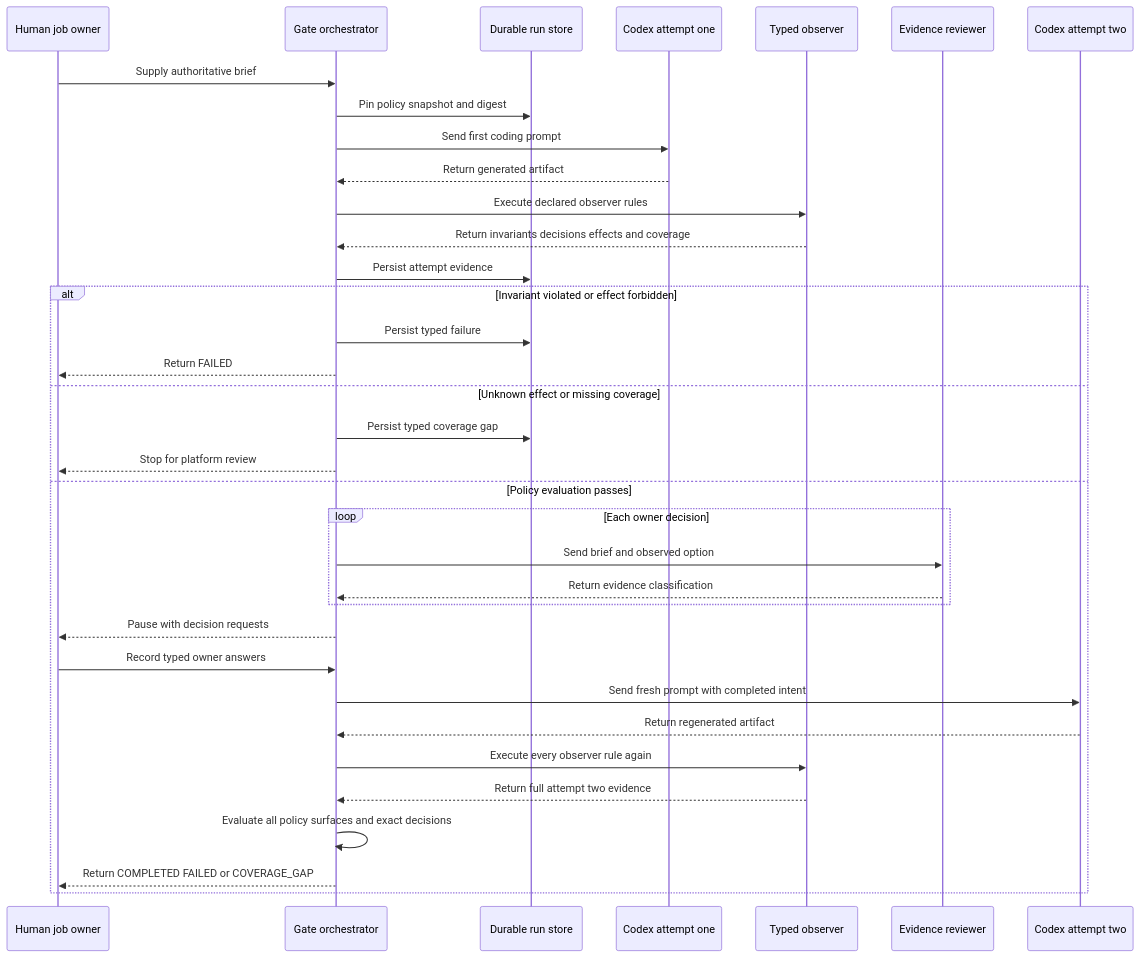
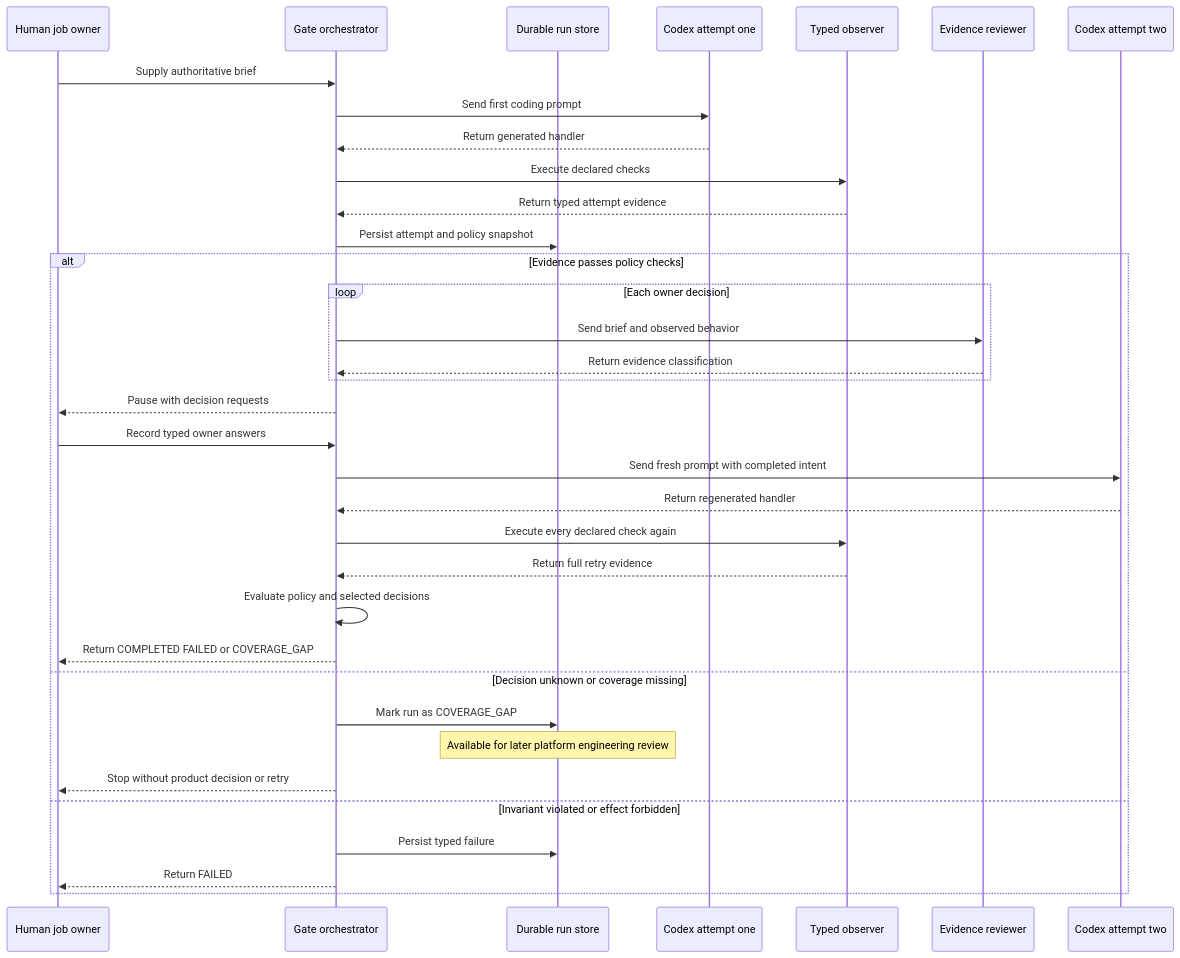
The diagram in notebooks/assets/diagrams/lifecycle.mmd (genesobolev/implicit-decision-gate), drawn with Mermaid before and after one commit. The commit also changed 18 other files, not shown here.

```diff
--- a/notebooks/assets/diagrams/lifecycle.mmd
+++ b/notebooks/assets/diagrams/lifecycle.mmd
@@ -1,36 +1,36 @@
 sequenceDiagram
     participant O as Human job owner
     participant G as Gate orchestrator
     participant S as Durable run store
     participant C1 as Codex attempt one
     participant P as Typed observer
     participant R as Evidence reviewer
     participant C2 as Codex attempt two
 
     O->>G: Supply authoritative brief
-    G->>S: Pin policy snapshot and digest
     G->>C1: Send first coding prompt
-    C1-->>G: Return generated artifact
-    G->>P: Execute declared observer rules
-    P-->>G: Return invariants decisions effects and coverage
-    G->>S: Persist attempt evidence
-    alt Invariant violated or effect forbidden
-        G->>S: Persist typed failure
-        G-->>O: Return FAILED
-    else Unknown effect or missing coverage
-        G->>S: Persist typed coverage gap
-        G-->>O: Stop for platform review
-    else Policy evaluation passes
+    C1-->>G: Return generated handler
+    G->>P: Execute declared checks
+    P-->>G: Return typed attempt evidence
+    G->>S: Persist attempt and policy snapshot
+    alt Evidence passes policy checks
         loop Each owner decision
-            G->>R: Send brief and observed option
+            G->>R: Send brief and observed behavior
             R-->>G: Return evidence classification
         end
         G-->>O: Pause with decision requests
         O->>G: Record typed owner answers
         G->>C2: Send fresh prompt with completed intent
-        C2-->>G: Return regenerated artifact
-        G->>P: Execute every observer rule again
-        P-->>G: Return full attempt two evidence
-        G->>G: Evaluate all policy surfaces and exact decisions
+        C2-->>G: Return regenerated handler
+        G->>P: Execute every declared check again
+        P-->>G: Return full retry evidence
+        G->>G: Evaluate policy and selected decisions
         G-->>O: Return COMPLETED FAILED or COVERAGE_GAP
+    else Decision unknown or coverage missing
+        G->>S: Mark run as COVERAGE_GAP
+        Note over S: Available for later platform engineering review
+        G-->>O: Stop without product decision or retry
+    else Invariant violated or effect forbidden
+        G->>S: Persist typed failure
+        G-->>O: Return FAILED
     end
```
